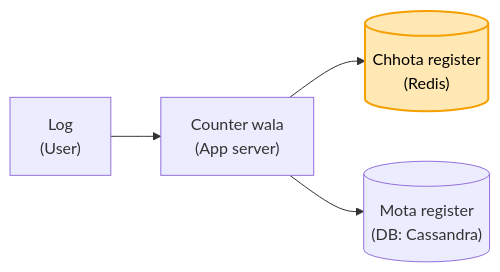
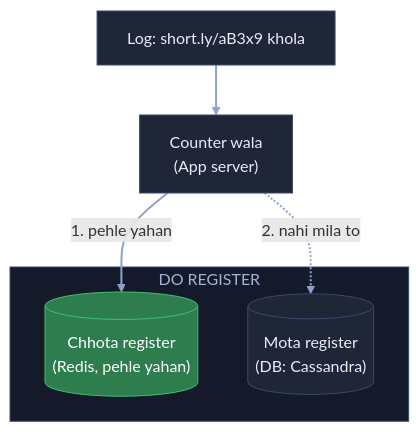
Before and after one commit to ArpanMaheshwari144/Prep: the third of 13 diagrams in 04_HLD/SYSTEM_DESIGNS/01_url_shortener/01_url_shortener.md, drawn with Mermaid. The commit also changed other lines of this file, not shown here.

Commit message:
URL shortener: 13 diagram YouTube (reel) wale card andaaz me

````diff
--- a/04_HLD/SYSTEM_DESIGNS/01_url_shortener/01_url_shortener.md
+++ b/04_HLD/SYSTEM_DESIGNS/01_url_shortener/01_url_shortener.md
@@ -68,7 +88,18 @@
 ```mermaid
-flowchart LR
-    U["Log<br/>(User)"] --> C["Counter wala<br/>(App server)"]
-    C --> R[("Chhota register<br/>(Redis)")]
-    C --> D[("Mota register<br/>(DB: Cassandra)")]
-    style R fill:#ffe8b3,stroke:#f59f00,stroke-width:2px,color:#000
+flowchart TB
+    U["Log: short.ly/aB3x9 khola"]:::card
+    C["Counter wala<br/>(App server)"]:::card
+    subgraph REG["DO REGISTER"]
+        R[("Chhota register<br/>(Redis, pehle yahan)")]:::good
+        D[("Mota register<br/>(DB: Cassandra)")]:::card
+    end
+    U --> C
+    C -- "1. pehle yahan" --> R
+    C -. "2. nahi mila to" .-> D
+    linkStyle default stroke:#8fa3c7,stroke-width:2px
+    classDef card fill:#1e2638,stroke:#3a4a6b,color:#e8ecf5
+    classDef pill fill:#f5c542,stroke:#f5c542,color:#000
+    classDef good fill:#2e7d4f,stroke:#3fbf6f,color:#fff
+    classDef bad fill:#5c1f24,stroke:#e05561,color:#fff
+    style REG fill:#141a29,stroke:#3a4a6b,color:#9fb3d9
 ```
````
